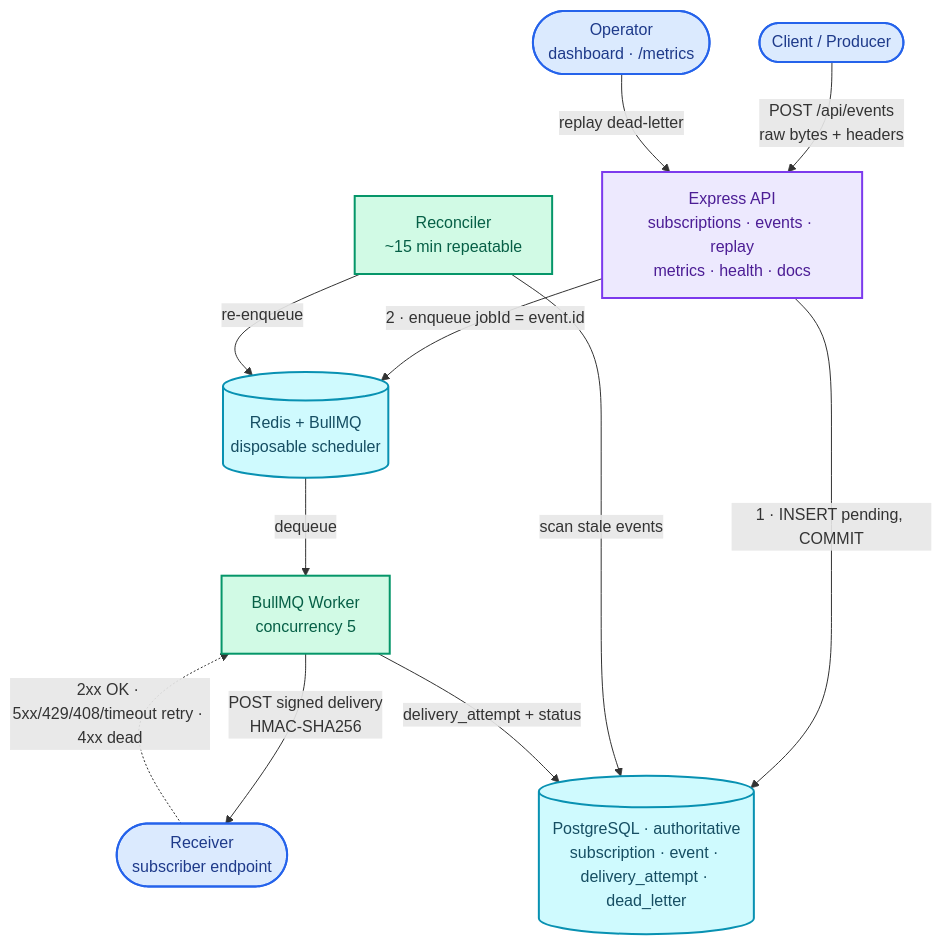
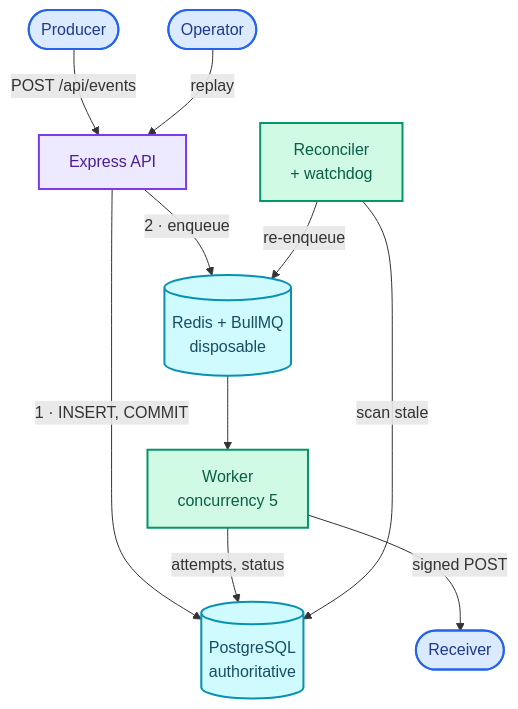
The second of 6 diagrams in _posts/blogs/2026-09-08-webhook-delivery-engine.md (rishabh0111/rishabh0111.github.io), drawn with Mermaid before and after one commit. The commit also changed other lines of this file, not shown here.

First line of the commit message:
blog(webhook-delivery-engine): phone-sized diagrams

````diff
--- a/_posts/blogs/2026-09-08-webhook-delivery-engine.md
+++ b/_posts/blogs/2026-09-08-webhook-delivery-engine.md
@@ -115,23 +115,20 @@
 ```mermaid
-flowchart TD
-    Producer([Client / Producer]) -->|"POST /api/events<br/>raw bytes + headers"| API
-    Operator([Operator<br/>dashboard · /metrics]) -->|replay dead-letter| API
-    API[Express API<br/>subscriptions · events · replay<br/>metrics · health · docs]
-    API -->|"2 · enqueue jobId = event.id"| Redis
-    Reconciler[Reconciler<br/>~15 min repeatable] -->|re-enqueue| Redis
-    Redis[(Redis + BullMQ<br/>disposable scheduler)] -->|dequeue| Worker
-    Worker[BullMQ Worker<br/>concurrency 5] -->|"POST signed delivery<br/>HMAC-SHA256"| Receiver
-    Receiver([Receiver<br/>subscriber endpoint]) -.->|"2xx OK · 5xx/429/408/timeout retry · 4xx dead"| Worker
-    API -->|"1 · INSERT pending, COMMIT"| Postgres
-    Reconciler -->|scan stale events| Postgres
-    Worker -->|delivery_attempt + status| Postgres
-    Postgres[(PostgreSQL · authoritative<br/>subscription · event · delivery_attempt · dead_letter)]
+flowchart TB
+    Producer([Producer]) -->|POST /api/events| API[Express API]
+    Operator([Operator]) -->|replay| API
+    API -->|1 · INSERT, COMMIT| PG[(PostgreSQL<br/>authoritative)]
+    API -->|2 · enqueue| Redis[(Redis + BullMQ<br/>disposable)]
+    Redis --> Worker[Worker<br/>concurrency 5]
+    Worker -->|signed POST| Receiver([Receiver])
+    Worker -->|attempts, status| PG
+    Reconciler[Reconciler<br/>+ watchdog] -->|scan stale| PG
+    Reconciler -->|re-enqueue| Redis
     classDef actor fill:#DBEAFE,stroke:#2563EB,stroke-width:2px,color:#1E3A8A
     classDef gateway fill:#EDE9FE,stroke:#7C3AED,stroke-width:2px,color:#4C1D95
     classDef service fill:#D1FAE5,stroke:#059669,stroke-width:2px,color:#065F46
     classDef store fill:#CFFAFE,stroke:#0891B2,stroke-width:2px,color:#164E63
     class Producer,Operator,Receiver actor
     class API gateway
     class Reconciler,Worker service
-    class Redis,Postgres store
+    class Redis,PG store
 ```
````
